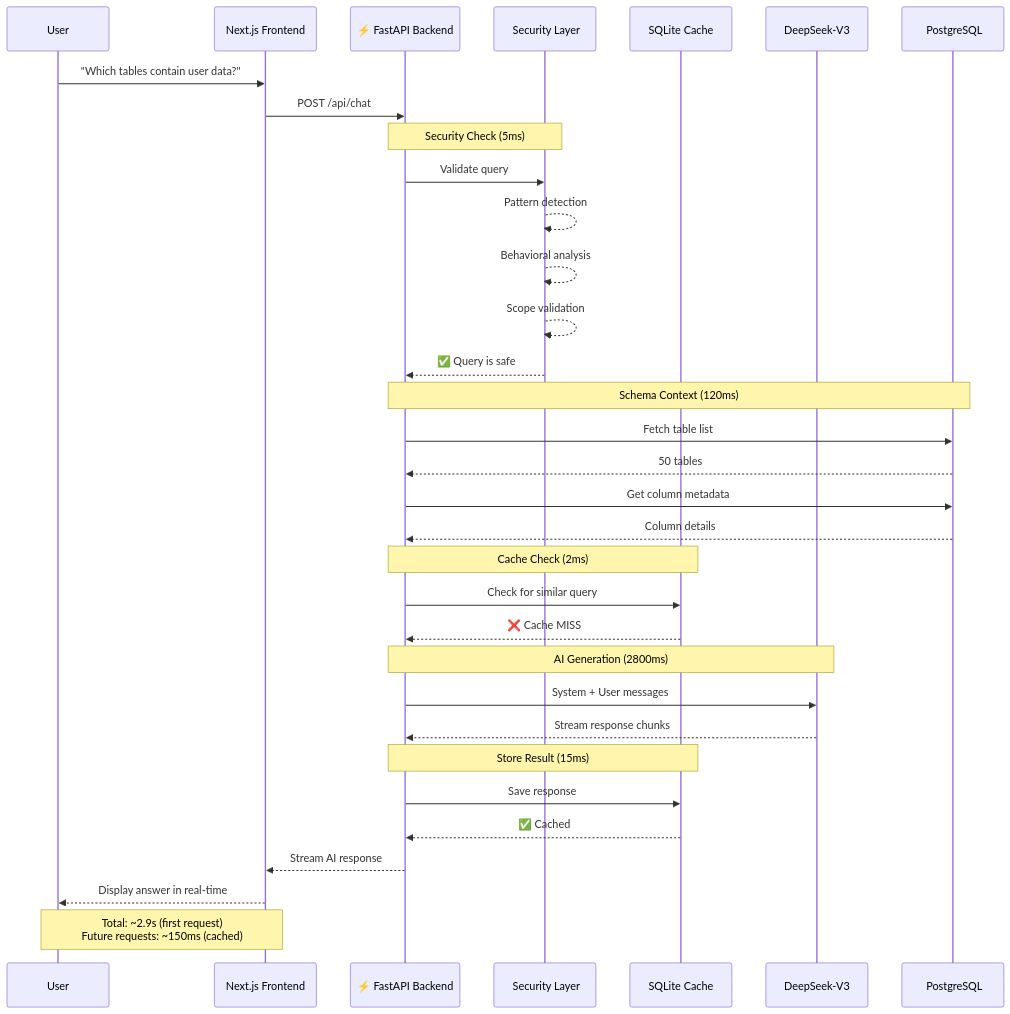
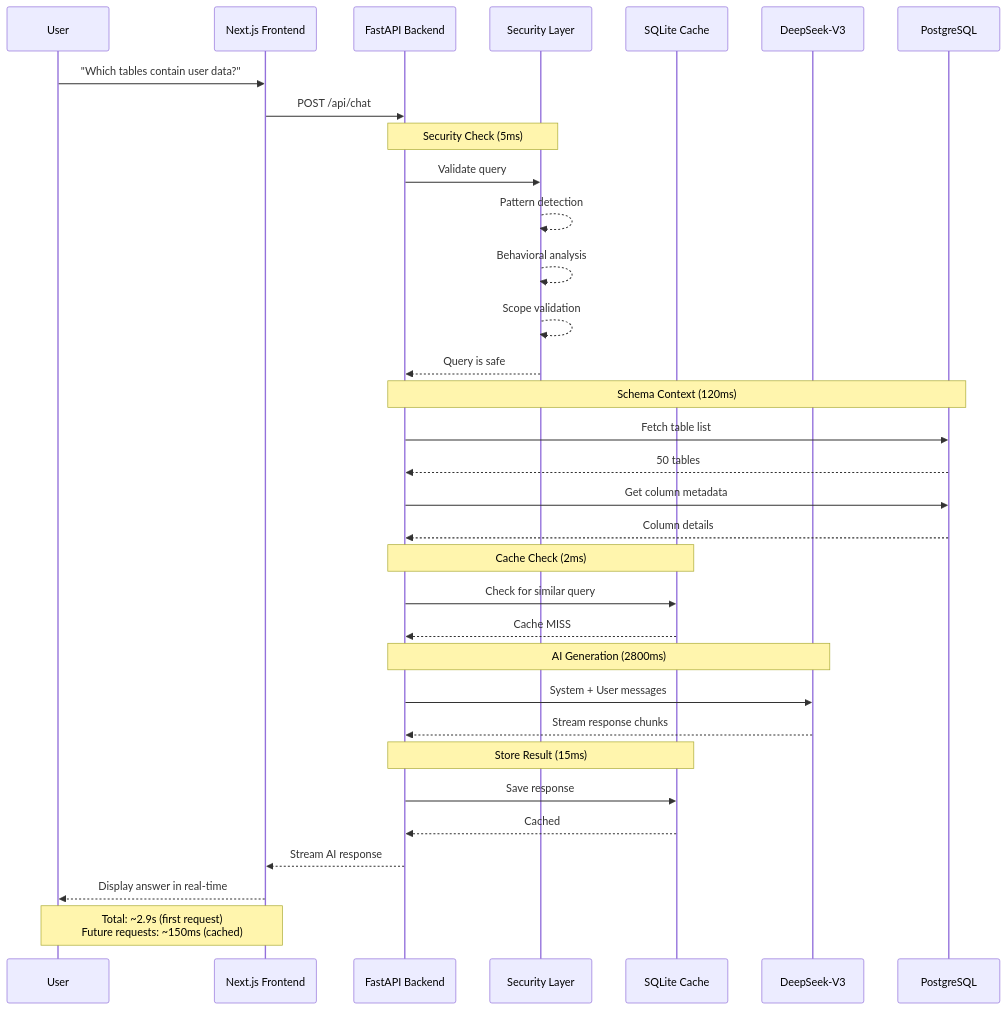
Before and after one commit to amitdevx/portfolio: the fourth of 4 diagrams in src/content/posts/schemasense.mdx, drawn with Mermaid. The commit also changed other lines of this file and 6 other files, not shown here.

````diff
--- a/src/content/posts/schemasense.mdx
+++ b/src/content/posts/schemasense.mdx
@@ -498,43 +498,43 @@
 ```mermaid
 sequenceDiagram
     participant User as  User
     participant Frontend as  Next.js Frontend
-    participant API as ⚡ FastAPI Backend
-    participant Security as ️ Security Layer
+    participant API as  FastAPI Backend
+    participant Security as  Security Layer
     participant Cache as  SQLite Cache
     participant AI as  DeepSeek-V3
-    participant DB as ️ PostgreSQL
+    participant DB as  PostgreSQL
 
     User->>Frontend: "Which tables contain user data?"
     Frontend->>API: POST /api/chat
     
     Note over API,Security: Security Check (5ms)
     API->>Security: Validate query
     Security-->>Security: Pattern detection
     Security-->>Security: Behavioral analysis
     Security-->>Security: Scope validation
-    Security-->>API: ✅ Query is safe
+    Security-->>API:  Query is safe
     
     Note over API,DB: Schema Context (120ms)
     API->>DB: Fetch table list
     DB-->>API: 50 tables
     API->>DB: Get column metadata
     DB-->>API: Column details
     
     Note over API,Cache: Cache Check (2ms)
     API->>Cache: Check for similar query
-    Cache-->>API: ❌ Cache MISS
+    Cache-->>API:  Cache MISS
     
     Note over API,AI: AI Generation (2800ms)
     API->>AI: System + User messages
     AI-->>API: Stream response chunks
     
     Note over API,Cache: Store Result (15ms)
     API->>Cache: Save response
-    Cache-->>API: ✅ Cached
+    Cache-->>API:  Cached
     
     API-->>Frontend: Stream AI response
     Frontend-->>User: Display answer in real-time
     
     Note over User,Frontend: Total: ~2.9s (first request)<br/>Future requests: ~150ms (cached)
 ```
````
